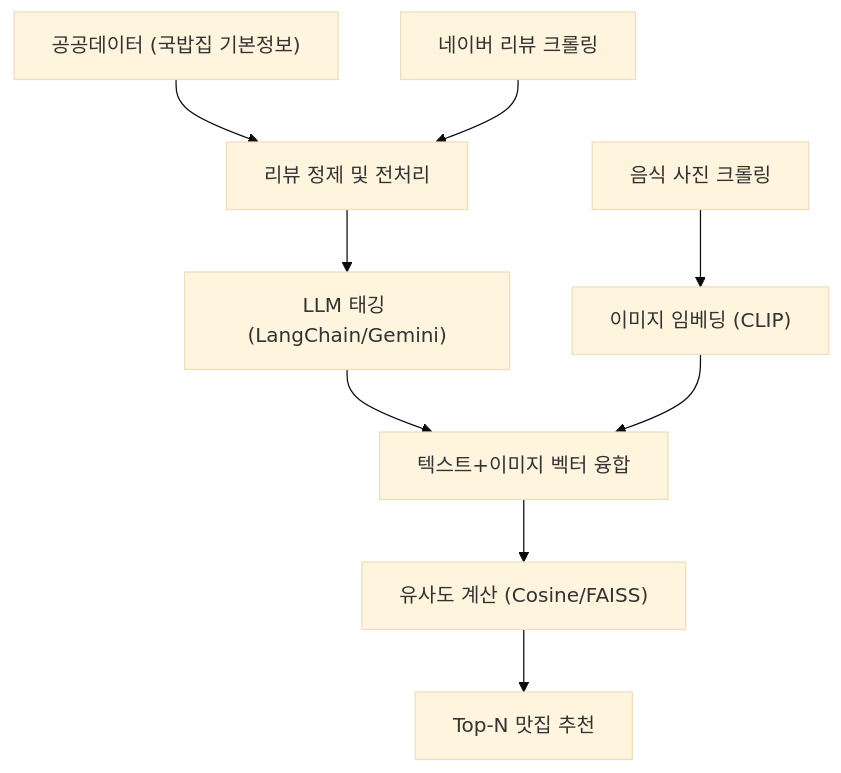
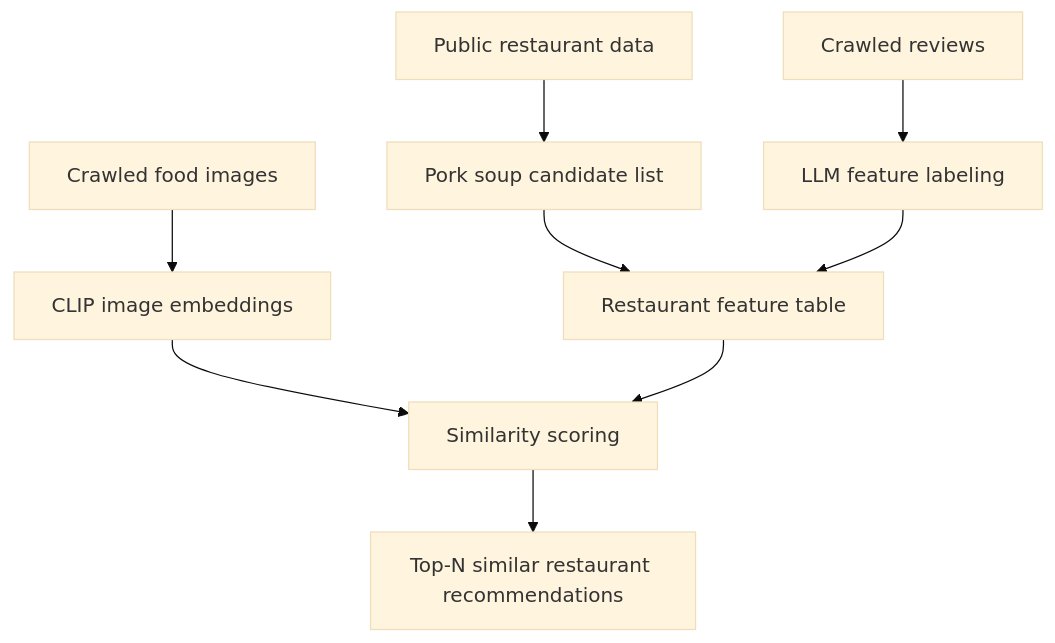
One commit to scnelMG/2025-bapdo-busan-publicdata changed the first of 2 diagrams in README.md. Above: the diagram before and after it, drawn with Mermaid (base theme). The commit also changed other lines of this file and 19 other files, not shown here.

Commit message:
Complete public data project repository

````diff
--- a/README.md
+++ b/README.md
@@ -74,20 +84,11 @@
 ```mermaid
 flowchart TD
-    d1["공공데이터 (국밥집 기본정보)"]
-    d2["네이버 리뷰 크롤링"]
-    d3["음식 사진 크롤링"]
-
-    p1["리뷰 정제 및 전처리"]
-    p2["LLM 태깅 (LangChain/Gemini)"]
-    p3["이미지 임베딩 (CLIP)"]
-    p4["텍스트+이미지 벡터 융합"]
-
-    r1["유사도 계산 (Cosine/FAISS)"]
-    r2["Top-N 맛집 추천"]
-
-    d1 --> p1
-    d2 --> p1 --> p2
-    d3 --> p3
-    p2 --> p4
-    p3 --> p4 --> r1 --> r2
+    raw["Public restaurant data"] --> candidates["Pork soup candidate list"]
+    reviews["Crawled reviews"] --> labels["LLM feature labeling"]
+    images["Crawled food images"] --> embeddings["CLIP image embeddings"]
+    candidates --> merged["Restaurant feature table"]
+    labels --> merged
+    embeddings --> similarity["Similarity scoring"]
+    merged --> similarity
+    similarity --> topn["Top-N similar restaurant recommendations"]
 ```
````
